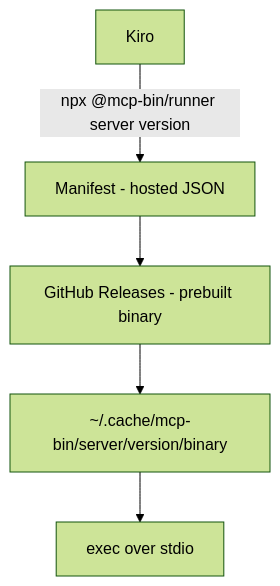
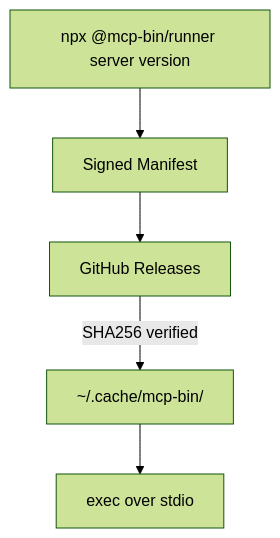
The diagram in README.md (chriswessells/mcp-bin), drawn with Mermaid (forest theme) before and after one commit. The commit also changed other lines of this file and 1 other file, not shown here.

````diff
--- a/README.md
+++ b/README.md
@@ -17,7 +11,7 @@
 ```mermaid
 flowchart TD
-    A[Kiro] -->|npx @mcp-bin/runner server version| B[Manifest - hosted JSON]
-    B --> C[GitHub Releases - prebuilt binary]
-    C --> D[~/.cache/mcp-bin/server/version/binary]
+    A["npx @mcp-bin/runner server version"] --> B[Signed Manifest]
+    B --> C[GitHub Releases]
+    C -->|"SHA256 verified"| D[~/.cache/mcp-bin/]
     D --> E[exec over stdio]
 ```
````
